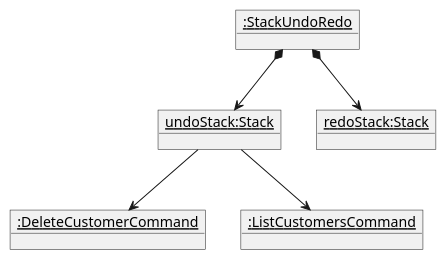
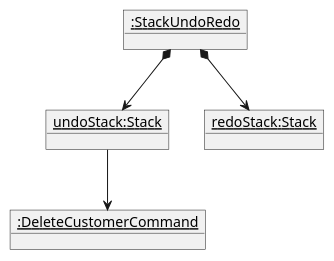
The diagram in docs/diagrams/UndoRedo7.puml (nus-cs2103-AY2223S2/tp), drawn with PlantUML before and after one commit. The commit also changed 2 other files, not shown here.

Commit message:
Fix developer guide undo diagram

```diff
--- a/docs/diagrams/UndoRedo7.puml
+++ b/docs/diagrams/UndoRedo7.puml
@@ -1,12 +1,11 @@
 @startuml
 object "__:StackUndoRedo__" as s1
 object "__undoStack:Stack__" as s2
 object "__redoStack:Stack__" as s3
 object "__:DeleteCustomerCommand__" as d1
-object "__:ListCustomersCommand__" as a1
+
 
 s1 *--> s2
 s1 *--> s3
 s2 --> d1
-s2 --> a1
 @enduml
```
